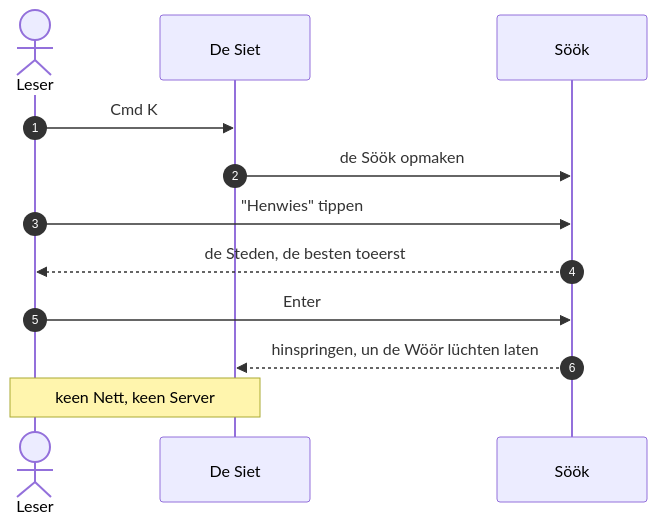
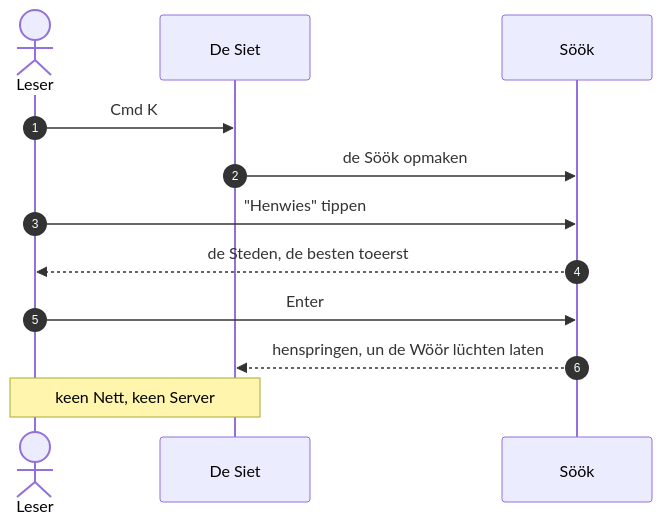
One commit to githubrobbi/md2html changed the second of 3 diagrams in docs/capabilities.nds.md. Above: the diagram before and after it, drawn with Mermaid. The commit also changed other lines of this file and 34 other files, not shown here.

````diff
--- a/docs/capabilities.nds.md
+++ b/docs/capabilities.nds.md
@@ -282,14 +282,14 @@
 ```mermaid
 sequenceDiagram
   autonumber
   actor R as Leser
   participant P as De Siet
   participant S as Söök
   R->>P: Cmd K
   P->>S: de Söök opmaken
   R->>S: "Henwies" tippen
   S-->>R: de Steden, de besten toeerst
   R->>S: Enter
-  S-->>P: hinspringen, un de Wöör lüchten laten
+  S-->>P: henspringen, un de Wöör lüchten laten
   Note over R,P: keen Nett, keen Server
 ```
````
